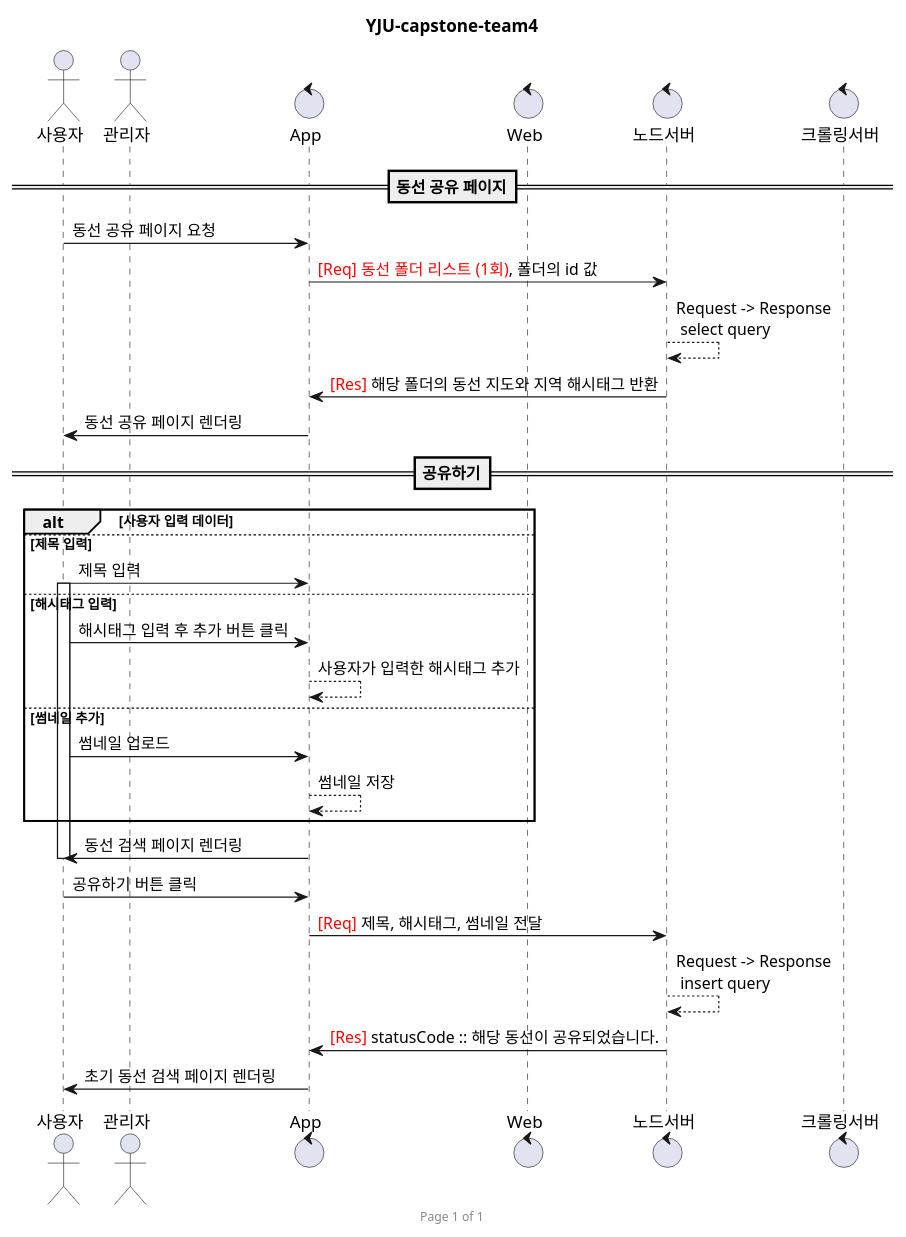
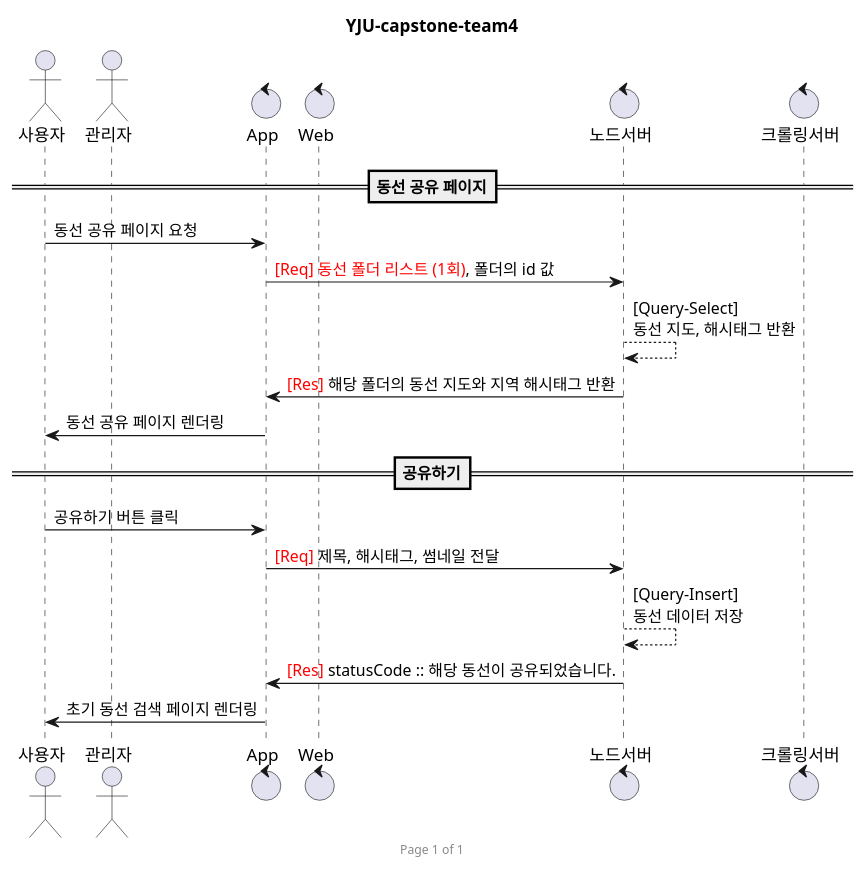
One commit to Samsam-lee/React.js-project-AdminWeb changed the diagram in share_course.wsd. Above: the diagram before and after it, drawn with PlantUML. The commit also changed 3 other files, not shown here.

```diff
--- a/share_course.wsd
+++ b/share_course.wsd
@@ -1,42 +1,28 @@
 @startuml
 
 title YJU-capstone-team4
 footer Page %page% of %lastpage%
 
 actor 사용자 as User
 actor 관리자 as Admin
 
 control App
 control Web
 control 노드서버 as Node
 control 크롤링서버 as Lamda
 
 ==동선 공유 페이지==
 User -> App : 동선 공유 페이지 요청
     App -> Node : <font color=red>[Req] 동선 폴더 리스트 (1회)</font>, 폴더의 id 값
-        Node --> Node : Request -> Response \n select query
+        Node --> Node : [Query-Select]\n동선 지도, 해시태그 반환
     Node -> App : <font color=red>[Res]</font> 해당 폴더의 동선 지도와 지역 해시태그 반환
 App -> User : 동선 공유 페이지 렌더링
 
 ==공유하기==
-alt 사용자 입력 데이터
-else 제목 입력
-    User -> App : 제목 입력
-activate User
-else 해시태그 입력
-    User -> App : 해시태그 입력 후 추가 버튼 클릭
-    App --> App : 사용자가 입력한 해시태그 추가
-else 썸네일 추가
-    User -> App : 썸네일 업로드
-    App --> App : 썸네일 저장
-end
-    App -> User : 동선 검색 페이지 렌더링
-deactivate User
-
 User -> App : 공유하기 버튼 클릭
     App -> Node : <font color=red>[Req]</font> 제목, 해시태그, 썸네일 전달
-    Node --> Node : Request -> Response \n insert query
+    Node --> Node : [Query-Insert]\n동선 데이터 저장
     Node -> App : <font color=red>[Res]</font> statusCode :: 해당 동선이 공유되었습니다.
 App -> User : 초기 동선 검색 페이지 렌더링    
 
 @enduml
```
